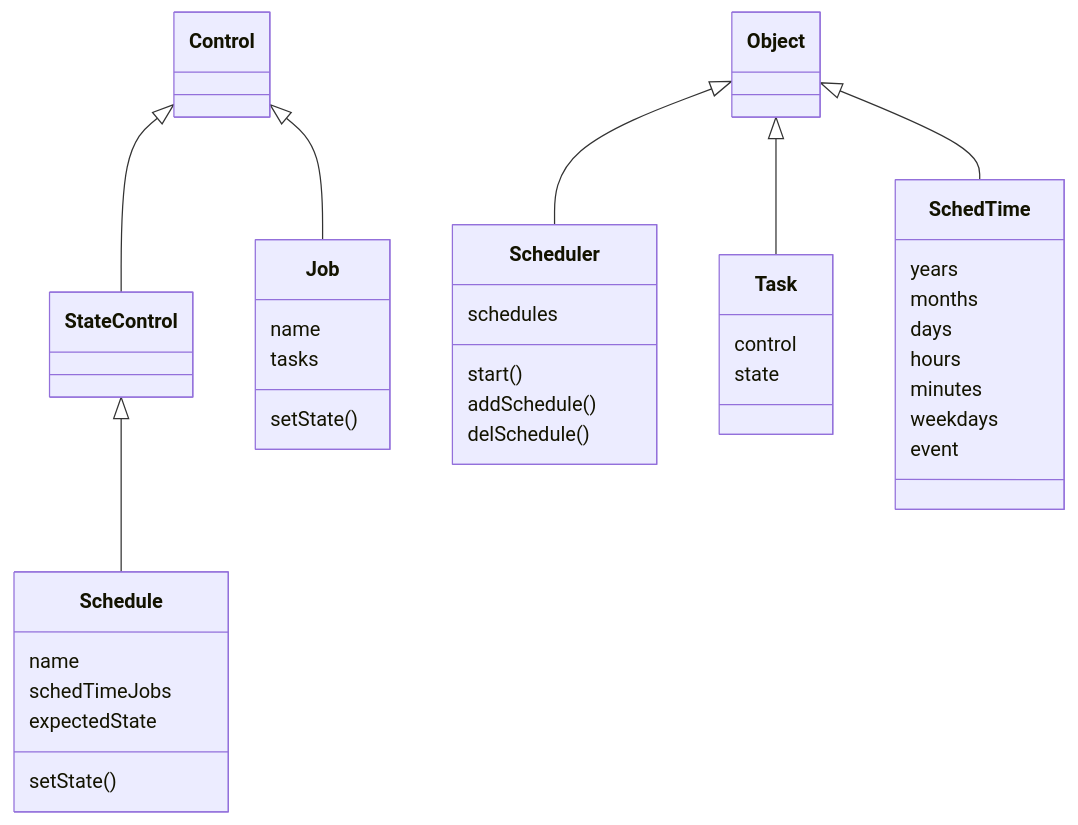
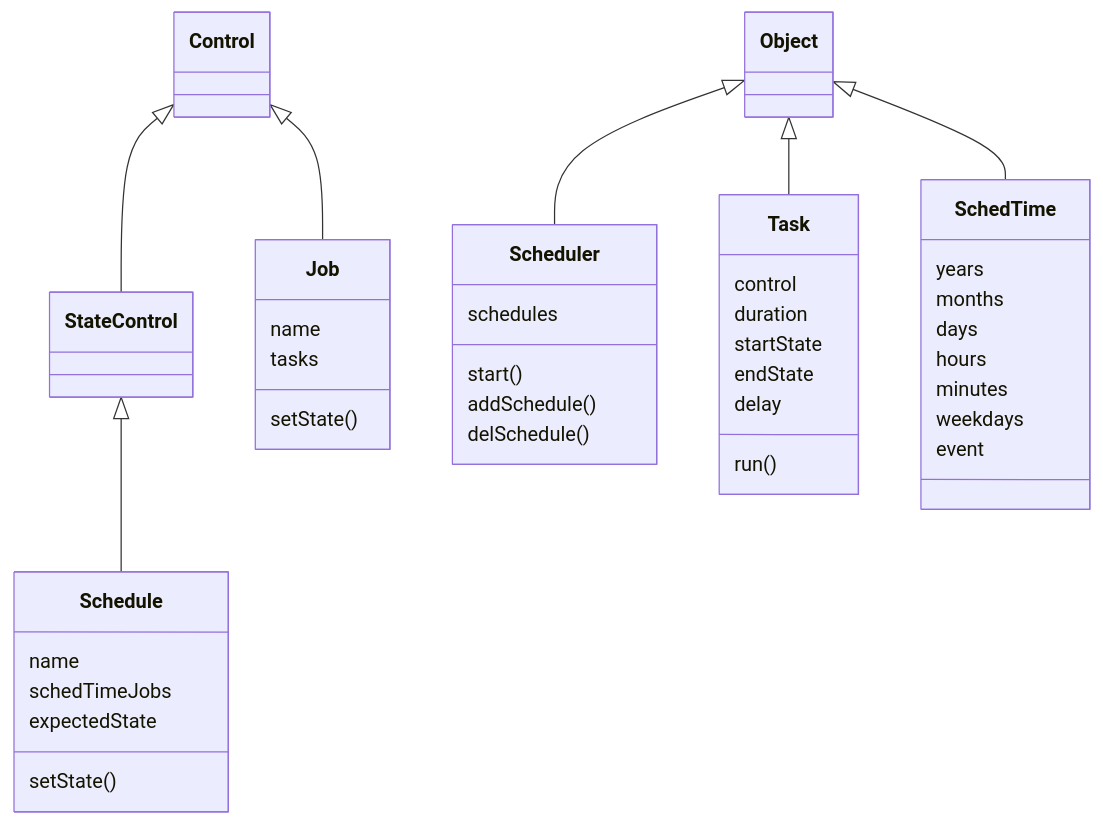
Before and after one commit to jbuehl/homealone: the diagram in docs/README.scheduler.md, drawn with Mermaid. The commit also changed other lines of this file and 7 other files, not shown here.

````diff
--- a/docs/README.scheduler.md
+++ b/docs/README.scheduler.md
@@ -18,29 +18,33 @@
 ```mermaid
 classDiagram
 	Object <|-- Scheduler
 	StateControl <|-- Schedule
     Control <|-- StateControl
     Control <|-- Job
 	Object <|-- Task
 	Object <|-- SchedTime
 	Scheduler: schedules
 	Scheduler: start()
 	Scheduler: addSchedule()
 	Scheduler: delSchedule()
 	Schedule: name
     Schedule: schedTimeJobs
     Schedule: expectedState
 	Schedule: setState()
 	Job: name
 	Job: tasks
 	Job: setState()
-	Task: control
-	Task: state
+    Task: control
+	Task: duration
+    Task: startState
+	Task: endState
+    Task: delay
+    Task: run()
 	SchedTime: years
 	SchedTime: months
 	SchedTime: days
 	SchedTime: hours
 	SchedTime: minutes
 	SchedTime: weekdays
 	SchedTime: event
 ```
````
